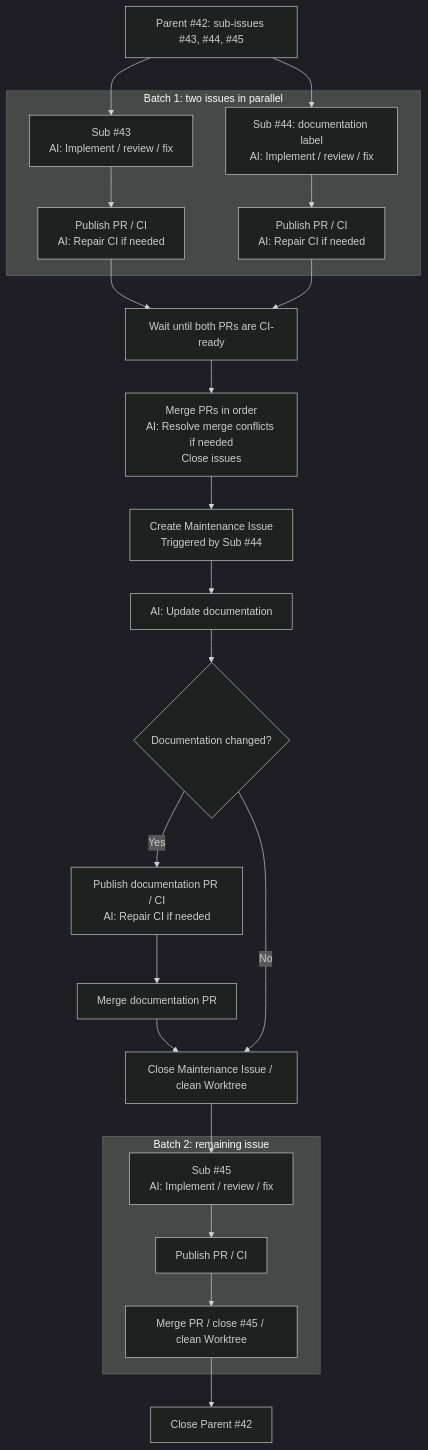
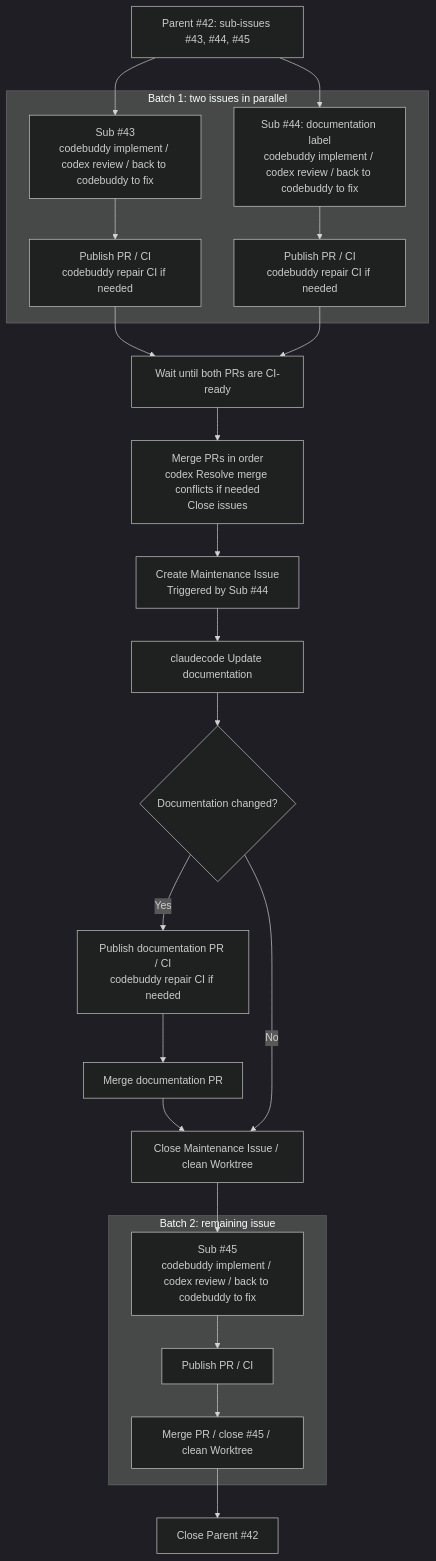
The diagram in README.md (BuddyLabsCo/sandcastle-runner), drawn with Mermaid (dark theme) before and after one commit.

Commit message:
Update flowchart in README.md with codebuddy references

````diff
--- a/README.md
+++ b/README.md
@@ -24,23 +24,23 @@
 ```mermaid
 flowchart TD
     P["Parent #42: sub-issues #43, #44, #45"] --> A43 & A44
     subgraph B1["Batch 1: two issues in parallel"]
-        A43["Sub #43<br/>AI: Implement / review / fix"] --> C43["Publish PR / CI<br/>AI: Repair CI if needed"]
-        A44["Sub #44: documentation label<br/>AI: Implement / review / fix"] --> C44["Publish PR / CI<br/>AI: Repair CI if needed"]
+        A43["Sub #43<br/>codebuddy implement / codex review / back to codebuddy to fix"] --> C43["Publish PR / CI<br/>codebuddy repair CI if needed"]
+        A44["Sub #44: documentation label<br/>codebuddy implement / codex review / back to codebuddy to fix"] --> C44["Publish PR / CI<br/>codebuddy repair CI if needed"]
     end
     C43 & C44 --> G["Wait until both PRs are CI-ready"]
-    G --> M["Merge PRs in order<br/>AI: Resolve merge conflicts if needed<br/>Close issues"]
+    G --> M["Merge PRs in order<br/>codex Resolve merge conflicts if needed<br/>Close issues"]
     M --> D["Create Maintenance Issue<br/>Triggered by Sub #44"]
-    D --> U["AI: Update documentation"]
+    D --> U["claudecode Update documentation"]
     U --> Q{"Documentation changed?"}
-    Q -- Yes --> DC["Publish documentation PR / CI<br/>AI: Repair CI if needed"]
+    Q -- Yes --> DC["Publish documentation PR / CI<br/>codebuddy repair CI if needed"]
     DC --> DM["Merge documentation PR"]
     DM --> DF["Close Maintenance Issue / clean Worktree"]
     Q -- No --> DF
     DF --> A45
     subgraph B2["Batch 2: remaining issue"]
-        A45["Sub #45<br/>AI: Implement / review / fix"] --> C45["Publish PR / CI"]
+        A45["Sub #45<br/>codebuddy implement / codex review / back to codebuddy to fix"] --> C45["Publish PR / CI"]
         C45 --> M45["Merge PR / close #45 / clean Worktree"]
     end
     M45 --> F["Close Parent #42"]
 ```
````
